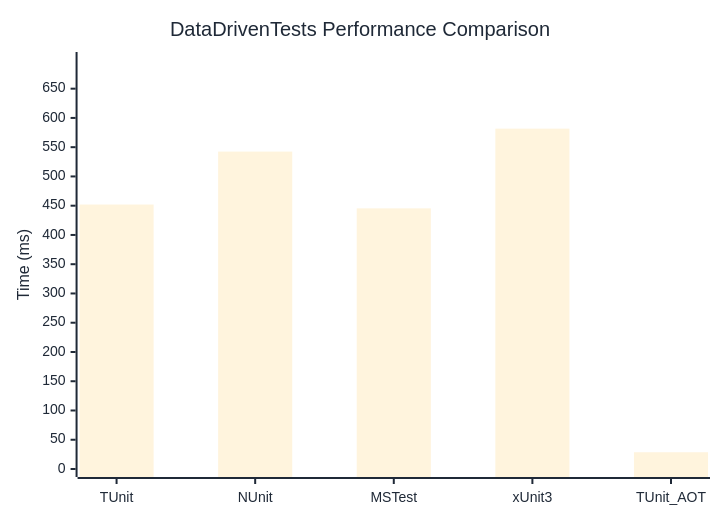
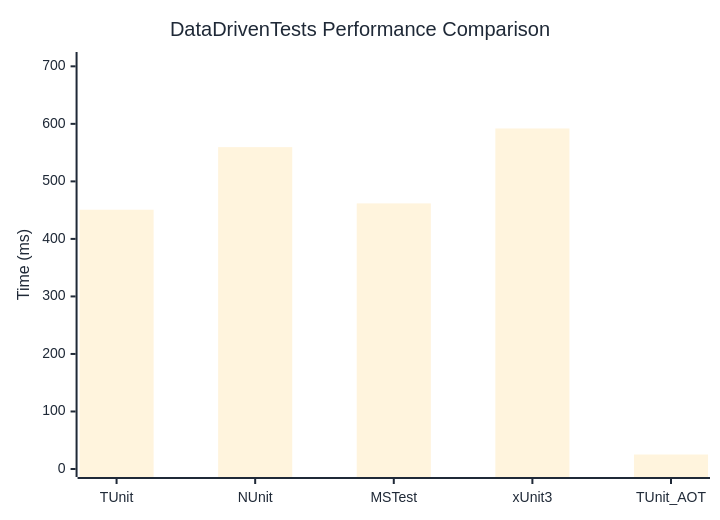
Before and after one commit to thomhurst/TUnit: the diagram in docs/docs/benchmarks/DataDrivenTests.md, drawn with Mermaid. The commit also changed other lines of this file and 17 other files, not shown here.

````diff
--- a/docs/docs/benchmarks/DataDrivenTests.md
+++ b/docs/docs/benchmarks/DataDrivenTests.md
@@ -27,37 +27,37 @@
 ```mermaid
 %%{init: {
   'theme':'base',
   'themeVariables': {
     'primaryColor': '#2563eb',
     'primaryTextColor': '#1f2937',
     'primaryBorderColor': '#1e40af',
     'lineColor': '#6b7280',
     'secondaryColor': '#7c3aed',
     'tertiaryColor': '#dc2626',
     'background': '#ffffff',
     'mainBkg': '#2563eb',
     'secondBkg': '#7c3aed',
     'tertiaryBkg': '#dc2626',
     'clusterBkg': '#f3f4f6',
     'edgeLabelBackground': '#ffffff',
     'tertiaryTextColor': '#1f2937',
     'pie1': '#2563eb',
     'pie2': '#7c3aed',
     'pie3': '#dc2626',
     'pie4': '#f59e0b',
     'pie5': '#10b981',
     'pie6': '#06b6d4',
     'pie7': '#ec4899',
     'pie8': '#6366f1',
     'pie9': '#84cc16',
     'pie10': '#f97316',
     'pie11': '#14b8a6',
     'pie12': '#a855f7'
   }
 }}%%
 xychart-beta
   title "DataDrivenTests Performance Comparison"
   x-axis ["TUnit", "NUnit", "MSTest", "xUnit3", "TUnit_AOT"]
-  y-axis "Time (ms)" 0 --> 699
-  bar [452.01, 542.47, 445.47, 581.69, 28.63]
+  y-axis "Time (ms)" 0 --> 711
+  bar [450.73, 559.52, 461.72, 591.97, 25.2]
 ```
````
